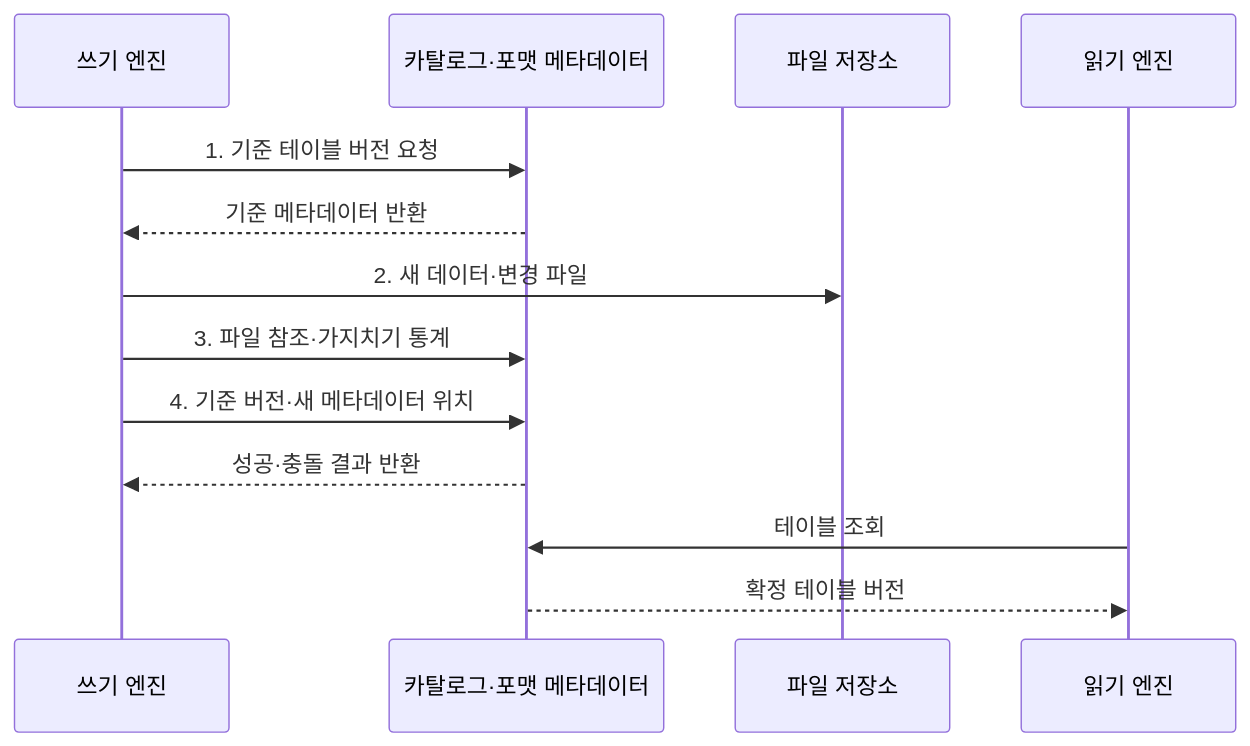
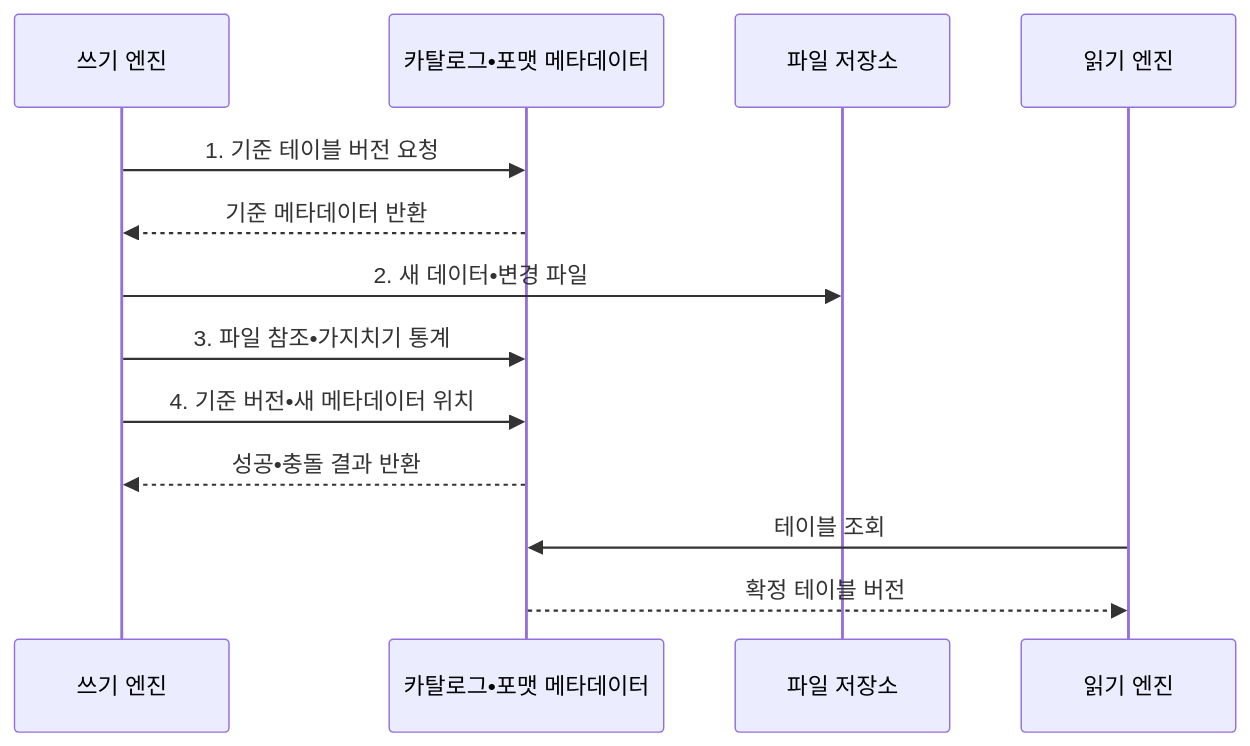
The second of 2 diagrams in src/content/docs/notes/03-software/129_open_table_format.md (agnusdei1207/knowledge-base), drawn with Mermaid before and after one commit. The commit also changed other lines of this file and 953 other files, not shown here.

````diff
--- a/src/content/docs/notes/03-software/129_open_table_format.md
+++ b/src/content/docs/notes/03-software/129_open_table_format.md
@@ -111,15 +111,15 @@
 ```mermaid
 sequenceDiagram
     participant W as 쓰기 엔진
-    participant C as 카탈로그·포맷 메타데이터
+    participant C as 카탈로그•포맷 메타데이터
     participant D as 파일 저장소
     participant R as 읽기 엔진
     W->>C: 1. 기준 테이블 버전 요청
     C-->>W: 기준 메타데이터 반환
-    W->>D: 2. 새 데이터·변경 파일
-    W->>C: 3. 파일 참조·가지치기 통계
-    W->>C: 4. 기준 버전·새 메타데이터 위치
-    C-->>W: 성공·충돌 결과 반환
+    W->>D: 2. 새 데이터•변경 파일
+    W->>C: 3. 파일 참조•가지치기 통계
+    W->>C: 4. 기준 버전•새 메타데이터 위치
+    C-->>W: 성공•충돌 결과 반환
     R->>C: 테이블 조회
     C-->>R: 확정 테이블 버전
 ```
````
